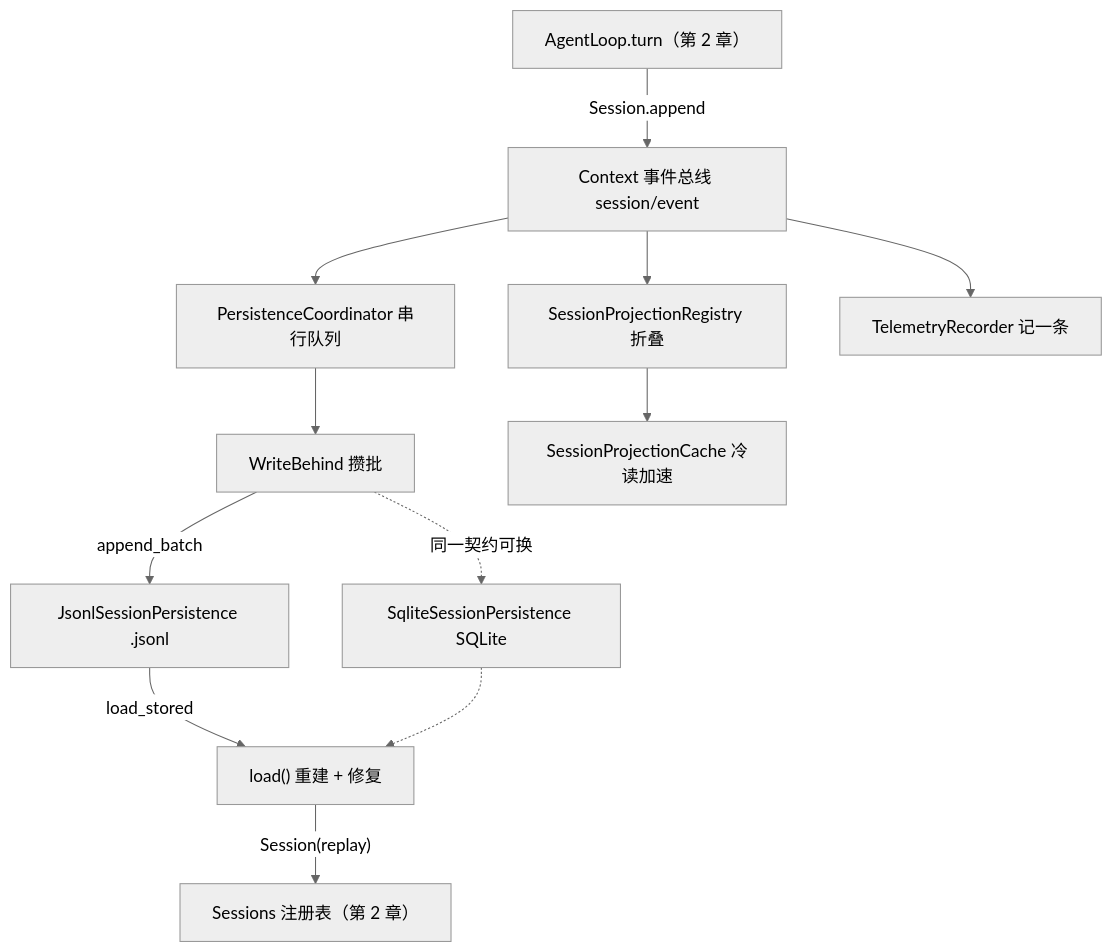
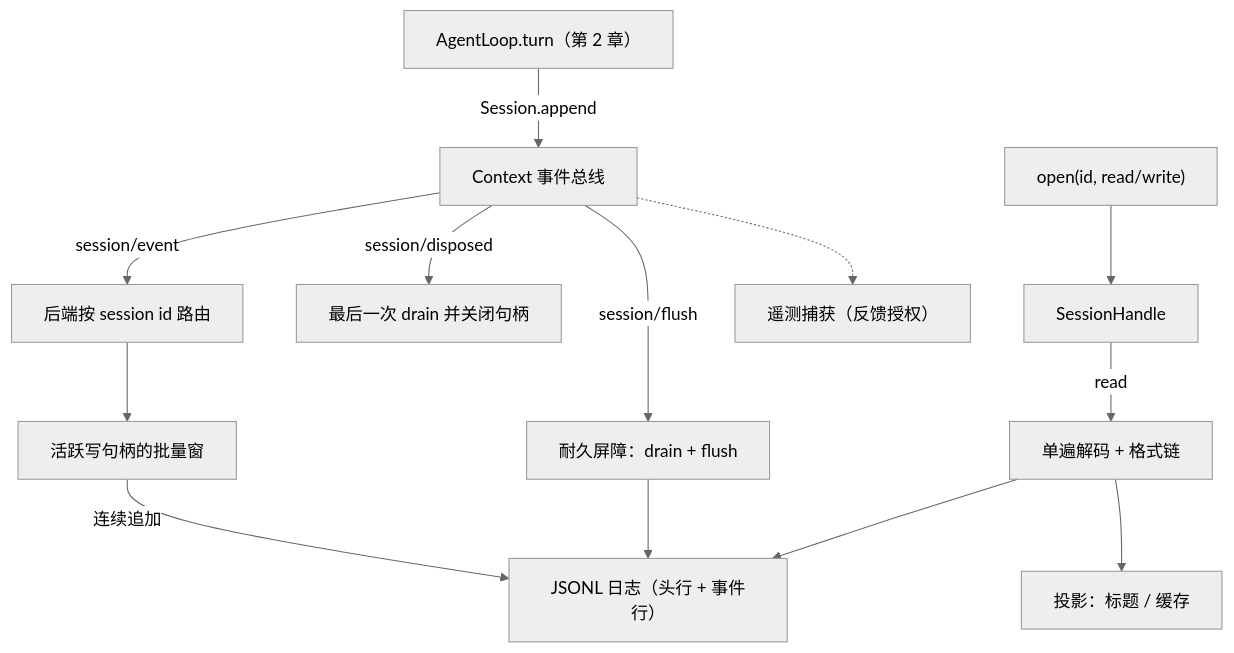
The first of 2 diagrams in ch03/ch03-session-persistence_zh.md (ChenYu1991ppak/deepseek-harness-anatomy), drawn with Mermaid (neutral theme) before and after one commit. The commit also changed other lines of this file and 124 other files, not shown here.

````diff
--- a/ch03/ch03-session-persistence_zh.md
+++ b/ch03/ch03-session-persistence_zh.md
@@ -70,14 +56,15 @@
 ```mermaid
 flowchart TD
-    loop["AgentLoop.turn（第 2 章）"] -->|"Session.append"| bus["Context 事件总线 session/event"]
-    bus --> coord["PersistenceCoordinator 串行队列"]
-    bus --> reg["SessionProjectionRegistry 折叠"]
-    bus --> tele["TelemetryRecorder 记一条"]
-    coord --> wb["WriteBehind 攒批"]
-    wb -->|"append_batch"| jsonl["JsonlSessionPersistence .jsonl"]
-    wb -.->|"同一契约可换"| sqlite["SqliteSessionPersistence SQLite"]
-    jsonl -->|"load_stored"| load["load() 重建 + 修复"]
-    sqlite -.-> load
-    load -->|"Session(replay)"| sessions["Sessions 注册表（第 2 章）"]
-    reg --> cache["SessionProjectionCache 冷读加速"]
+    loop["AgentLoop.turn（第 2 章）"] -->|"Session.append"| bus["Context 事件总线"]
+    bus -->|"session/event"| route["后端按 session id 路由"]
+    bus -->|"session/flush"| barrier["耐久屏障：drain + flush"]
+    bus -->|"session/disposed"| drainClose["最后一次 drain 并关闭句柄"]
+    route --> hbuf["活跃写句柄的批量窗"]
+    hbuf -->|"连续追加"| disk["JSONL 日志（头行 + 事件行）"]
+    barrier --> disk
+    open["open(id, read/write)"] --> handle["SessionHandle"]
+    handle -->|"read"| scan["单遍解码 + 格式链"]
+    scan --> disk
+    scan --> proj["投影：标题 / 缓存"]
+    bus -.-> tele["遥测捕获（反馈授权）"]
 ```
````
